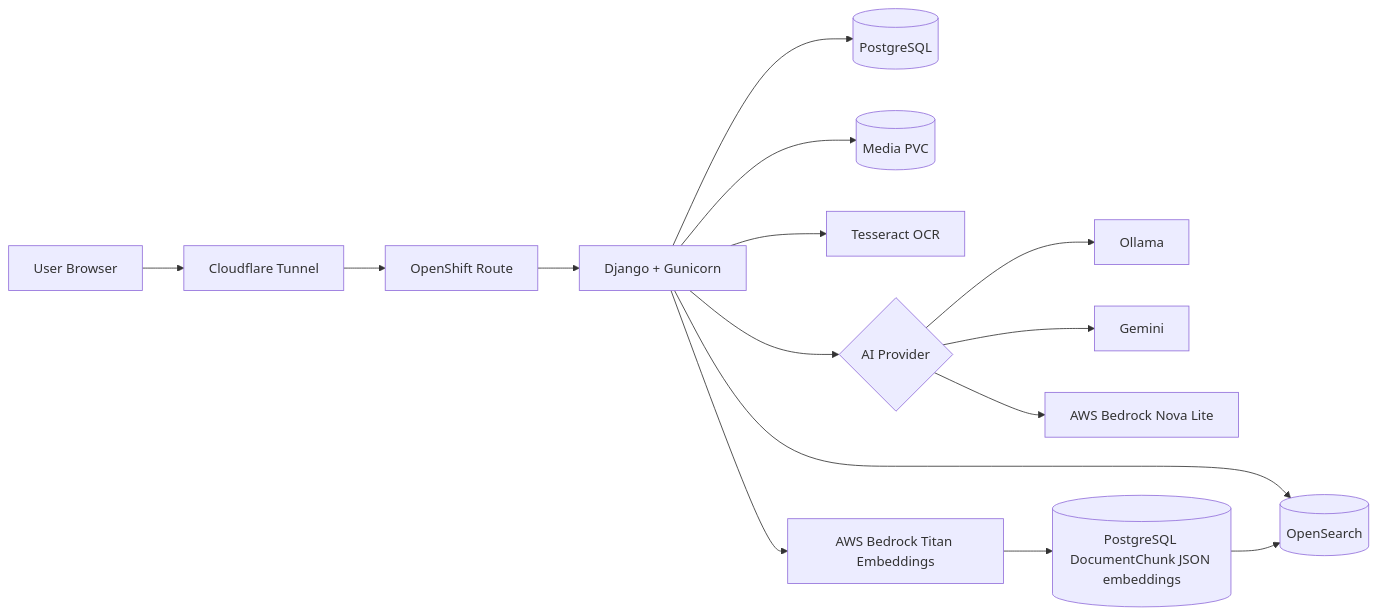
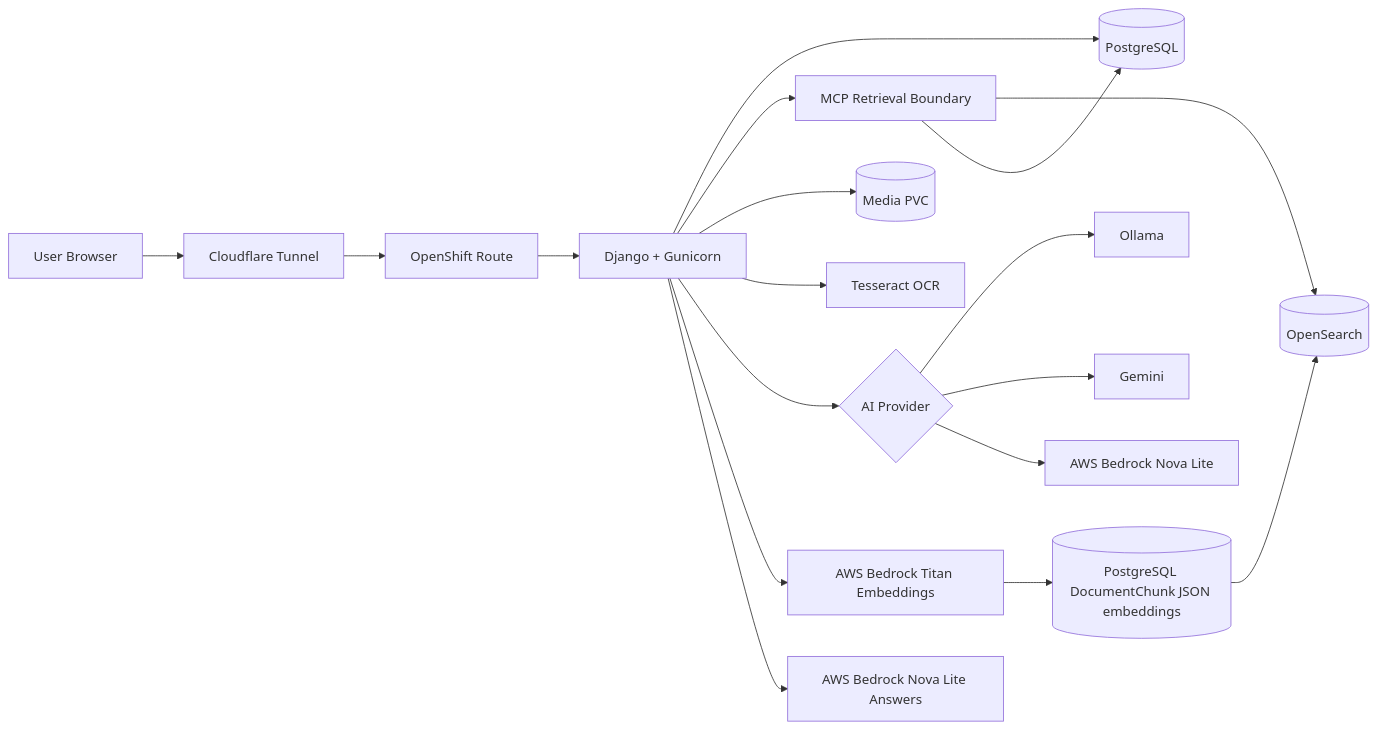
Before and after one commit to khaliqueaws-creator/document-management: the diagram in README.md, drawn with Mermaid. The commit also changed other lines of this file and 16 other files, not shown here.

Commit message:
Add MCP retrieval observability

````diff
--- a/README.md
+++ b/README.md
@@ -24,21 +24,24 @@
 ```mermaid
 flowchart LR
     Browser[User Browser] --> Cloudflare[Cloudflare Tunnel]
     Cloudflare --> OpenShift[OpenShift Route]
     OpenShift --> Django[Django + Gunicorn]
 
     Django --> PostgreSQL[(PostgreSQL)]
-    Django --> OpenSearch[(OpenSearch)]
+    Django --> MCP[MCP Retrieval Boundary]
+    MCP --> OpenSearch[(OpenSearch)]
+    MCP --> PostgreSQL
     Django --> Storage[(Media PVC)]
 
     Django --> OCR[Tesseract OCR]
 
     Django --> AI{AI Provider}
     AI --> Ollama[Ollama]
     AI --> Gemini[Gemini]
     AI --> Bedrock[AWS Bedrock Nova Lite]
 
     Django --> Embeddings[AWS Bedrock Titan Embeddings]
     Embeddings --> Chunks[(PostgreSQL DocumentChunk JSON embeddings)]
     Chunks --> OpenSearch
+    Django --> BedrockAnswer[AWS Bedrock Nova Lite Answers]
 ```
````
